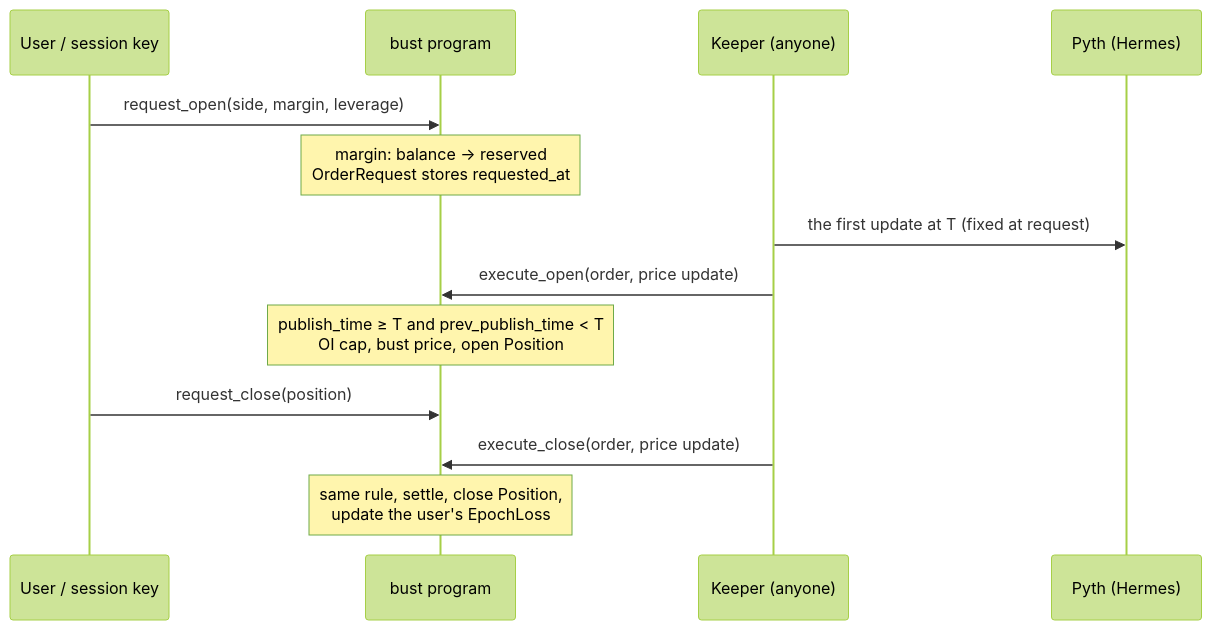
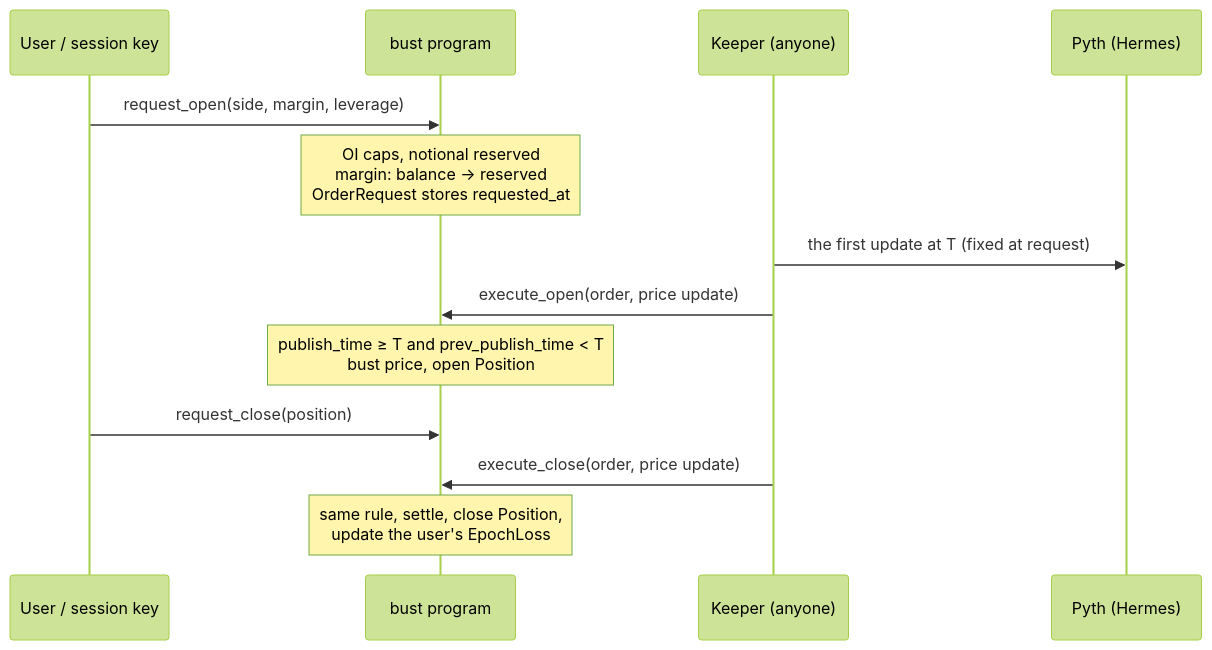
One commit to get-bust/bust-program changed the second of 2 diagrams in README.md. Above: the diagram before and after it, drawn with Mermaid (forest theme). The commit also changed other lines of this file, not shown here.

Commit message:
README: the caps apply at the request

````diff
--- a/README.md
+++ b/README.md
@@ -127,15 +127,15 @@
 ```mermaid
 sequenceDiagram
     participant U as User / session key
     participant P as bust program
     participant K as Keeper (anyone)
     participant H as Pyth (Hermes)
     U->>P: request_open(side, margin, leverage)
-    Note over P: margin: balance → reserved<br/>OrderRequest stores requested_at
+    Note over P: OI caps, notional reserved<br/>margin: balance → reserved<br/>OrderRequest stores requested_at
     K->>H: the first update at T (fixed at request)
     K->>P: execute_open(order, price update)
-    Note over P: publish_time ≥ T and prev_publish_time < T<br/>OI cap, bust price, open Position
+    Note over P: publish_time ≥ T and prev_publish_time < T<br/>bust price, open Position
     U->>P: request_close(position)
     K->>P: execute_close(order, price update)
     Note over P: same rule, settle, close Position,<br/>update the user's EpochLoss
 ```
````
